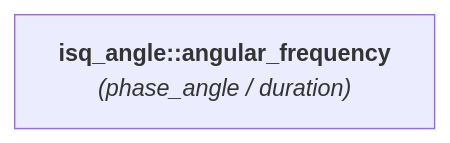
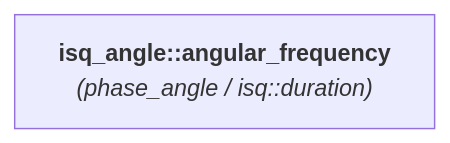
The diagram in docs/reference/systems_reference/hierarchies/angular_frequency_isq_angle.md (mpusz/mp-units), drawn with Mermaid before and after one commit. The commit also changed 27 other files, not shown here.

````diff
--- a/docs/reference/systems_reference/hierarchies/angular_frequency_isq_angle.md
+++ b/docs/reference/systems_reference/hierarchies/angular_frequency_isq_angle.md
@@ -8,4 +8,4 @@
 ```mermaid
 flowchart LR
-    isq_angle_angular_frequency["<b>isq_angle::angular_frequency</b><br><i>(phase_angle / duration)</i>"]
+    isq_angle_angular_frequency["<b>isq_angle::angular_frequency</b><br><i>(phase_angle / isq::duration)</i>"]
 ```
````
